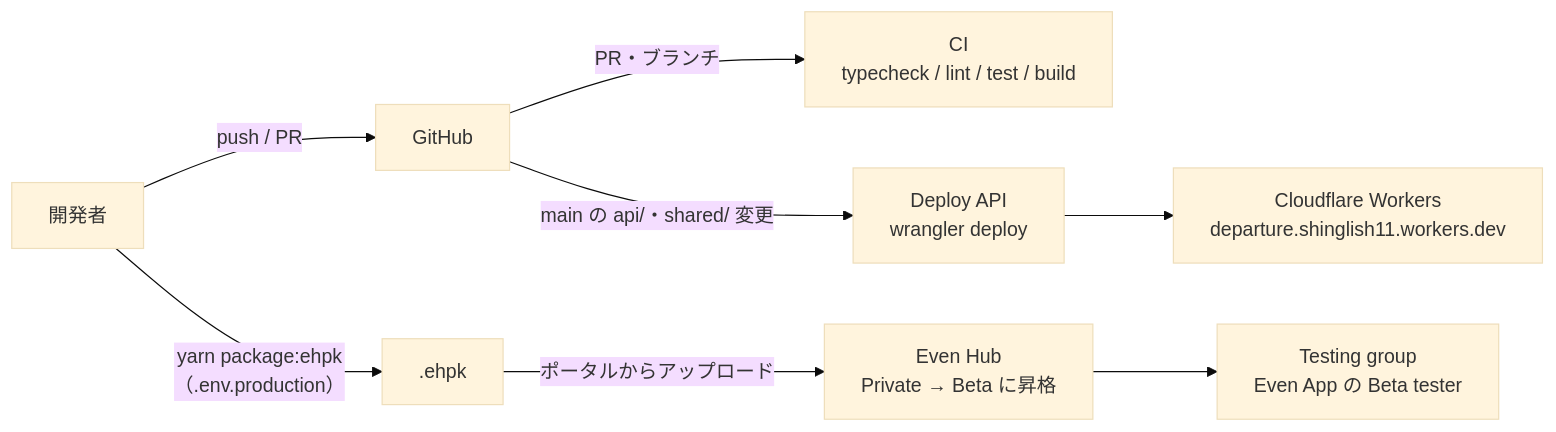
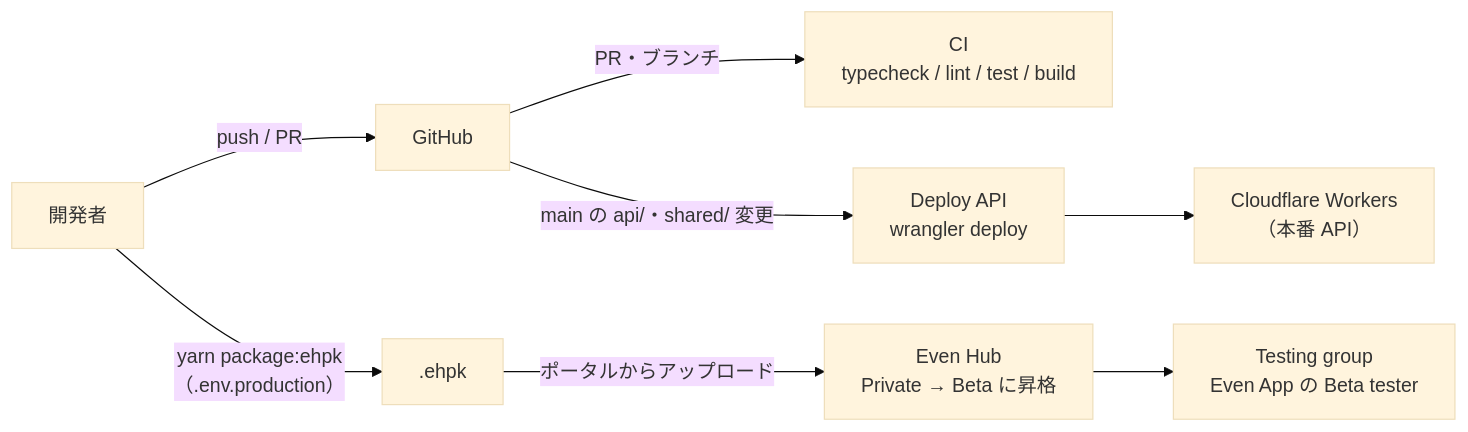
Before and after one commit to andoshin11/departure: the fourth of 4 diagrams in README.md, drawn with Mermaid (base theme). The commit also changed 15 other files, not shown here.

First line of the commit message:
Cloudflare のアカウント ID と本番 API の URL をリポジトリから外す

````diff
--- a/README.md
+++ b/README.md
@@ -128,11 +128,11 @@
 ```mermaid
 flowchart LR
   Dev["開発者"] -->|"push / PR"| GH["GitHub"]
   GH -->|"PR・ブランチ"| CI["CI<br/>typecheck / lint / test / build"]
   GH -->|"main の api/・shared/ 変更"| Deploy["Deploy API<br/>wrangler deploy"]
-  Deploy --> Workers["Cloudflare Workers<br/>departure.shinglish11.workers.dev"]
+  Deploy --> Workers["Cloudflare Workers<br/>（本番 API）"]
 
   Dev -->|"yarn package:ehpk<br/>（.env.production）"| Ehpk[".ehpk"]
   Ehpk -->|"ポータルからアップロード"| Hub["Even Hub<br/>Private → Beta に昇格"]
   Hub --> Tester["Testing group<br/>Even App の Beta tester"]
 ```
````
